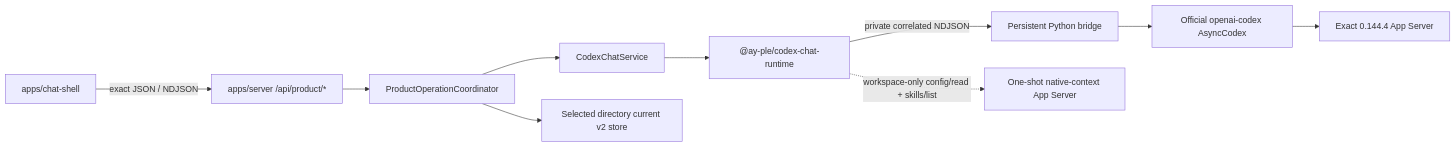
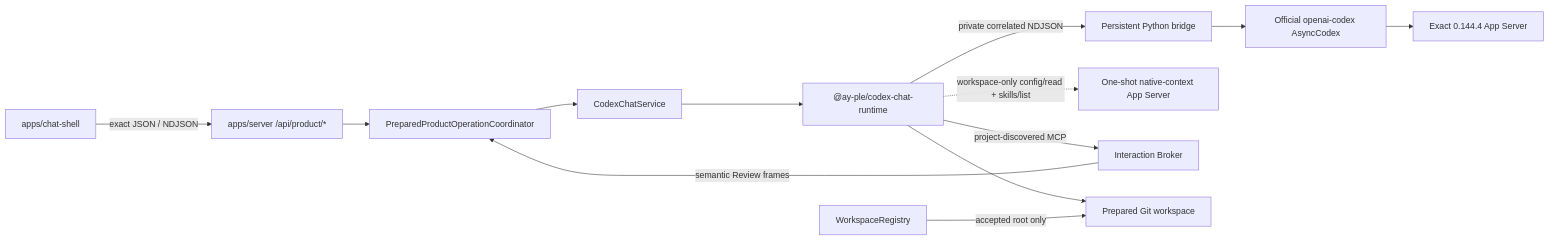
The diagram in docs/architecture/codex-chat-implementation-map.md (Mureung1/hub-showcase), drawn with Mermaid before and after one commit. The commit also changed other lines of this file and 4 other files, not shown here.

Commit message:
docs: record prepared workspace public cutover

````diff
--- a/docs/architecture/codex-chat-implementation-map.md
+++ b/docs/architecture/codex-chat-implementation-map.md
@@ -52,23 +52,28 @@
 ```mermaid
 flowchart LR
   Shell["apps/chat-shell"]
   ProductHttp["apps/server /api/product/*"]
-  Coordinator["ProductOperationCoordinator"]
+  Coordinator["PreparedProductOperationCoordinator"]
   Service["CodexChatService"]
   Runtime["@ay-ple/codex-chat-runtime"]
   Python["Persistent Python bridge"]
   SDK["Official openai-codex AsyncCodex"]
   Native["Exact 0.144.4 App Server"]
   Context["One-shot native-context App Server"]
-  Store["Selected directory current v2 store"]
+  Broker["Interaction Broker"]
+  Registry["WorkspaceRegistry"]
+  Workspace["Prepared Git workspace"]
 
   Shell -->|"exact JSON / NDJSON"| ProductHttp
   ProductHttp --> Coordinator
-  Coordinator --> Store
   Coordinator --> Service
   Service --> Runtime
+  Runtime --> Workspace
+  Runtime -->|"project-discovered MCP"| Broker
+  Broker -->|"semantic Review frames"| Coordinator
+  Registry -->|"accepted root only"| Workspace
   Runtime -->|"private correlated NDJSON"| Python
   Python --> SDK
   SDK --> Native
   Runtime -.->|"workspace-only config/read + skills/list"| Context
 ```
````
